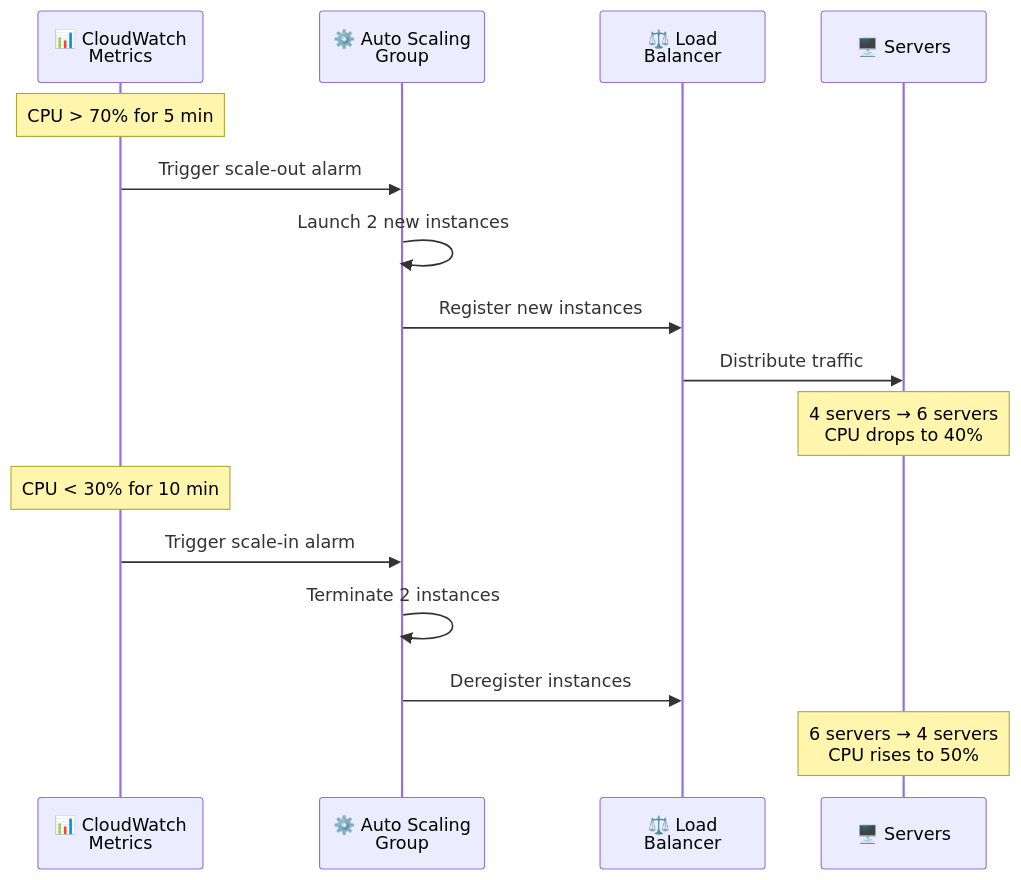
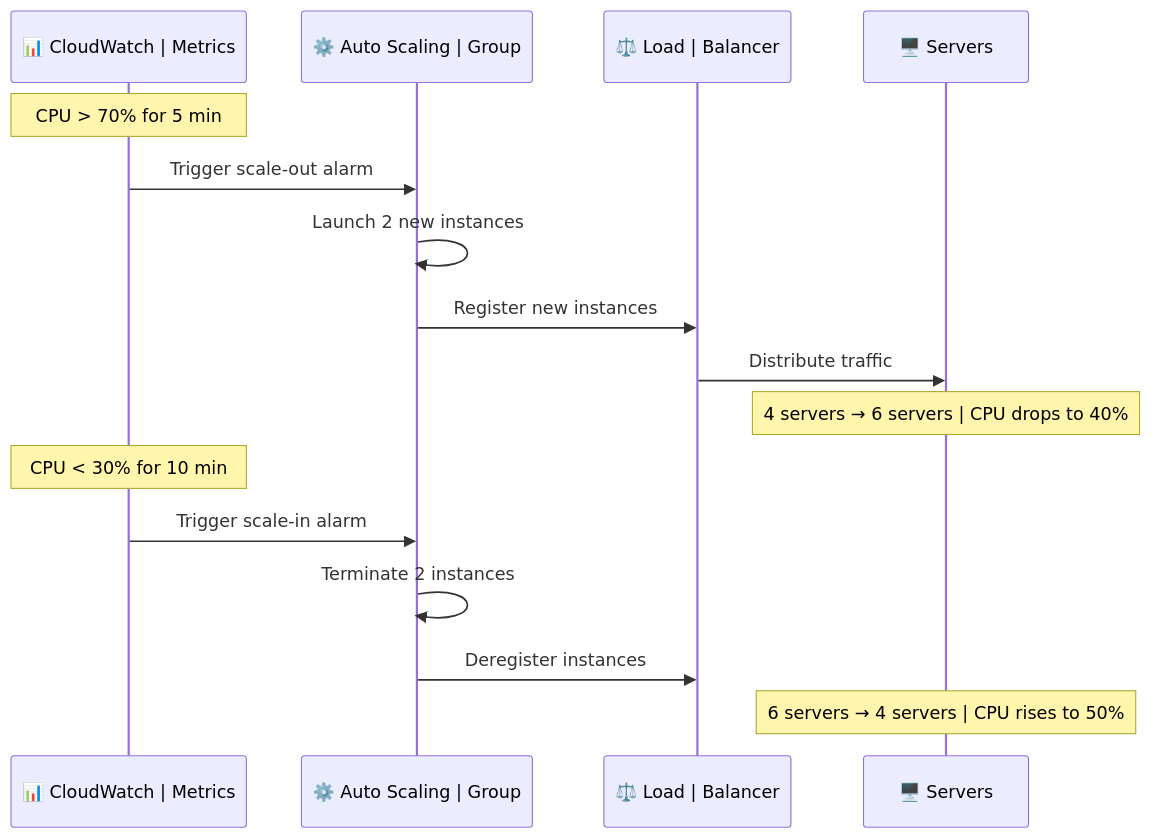
The ninth of 16 diagrams in HLD/foundation/07_scalability-patterns.md (p1kmr/for-reading), drawn with Mermaid before and after one commit. The commit also changed other lines of this file and 14 other files, not shown here.

Commit message:
Fix Mermaid diagram syntax: Replace <br/> with <br> for GitHub compatibility

````diff
--- a/HLD/foundation/07_scalability-patterns.md
+++ b/HLD/foundation/07_scalability-patterns.md
@@ -387,24 +387,24 @@
 ```mermaid
 sequenceDiagram
-    participant Monitor as 📊 CloudWatch<br/>Metrics
-    participant ASG as ⚙️ Auto Scaling<br/>Group
-    participant ELB as ⚖️ Load<br/>Balancer
+    participant Monitor as 📊 CloudWatch | Metrics
+    participant ASG as ⚙️ Auto Scaling | Group
+    participant ELB as ⚖️ Load | Balancer
     participant Servers as 🖥️ Servers
 
     Note over Monitor: CPU > 70% for 5 min
 
     Monitor->>ASG: Trigger scale-out alarm
     ASG->>ASG: Launch 2 new instances
     ASG->>ELB: Register new instances
     ELB->>Servers: Distribute traffic
 
-    Note over Servers: 4 servers → 6 servers<br/>CPU drops to 40%
+    Note over Servers: 4 servers → 6 servers | CPU drops to 40%
 
     Note over Monitor: CPU < 30% for 10 min
 
     Monitor->>ASG: Trigger scale-in alarm
     ASG->>ASG: Terminate 2 instances
     ASG->>ELB: Deregister instances
 
-    Note over Servers: 6 servers → 4 servers<br/>CPU rises to 50%
+    Note over Servers: 6 servers → 4 servers | CPU rises to 50%
 ```
````
